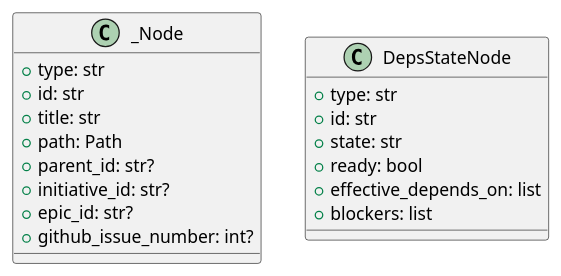
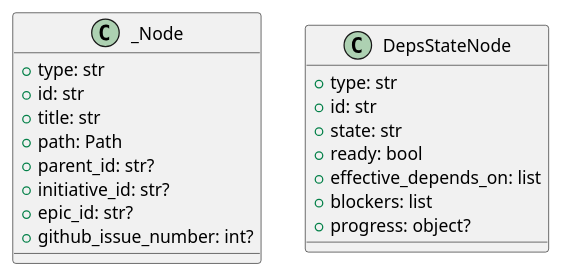
One commit to chemitaro/spec-dock changed the third of 3 diagrams in spec-on-dev/design.md. Above: the diagram before and after it, drawn with PlantUML. The commit also changed other lines of this file and 1 other file, not shown here.

````diff
--- a/spec-on-dev/design.md
+++ b/spec-on-dev/design.md
@@ -329,25 +369,26 @@
 ```plantuml
 @startuml
 skinparam shadowing false
 
 class _Node {
   +type: str
   +id: str
   +title: str
   +path: Path
   +parent_id: str?
   +initiative_id: str?
   +epic_id: str?
   +github_issue_number: int?
 }
 
 class DepsStateNode {
   +type: str
   +id: str
   +state: str
   +ready: bool
   +effective_depends_on: list
   +blockers: list
+  +progress: object?
 }
 @enduml
 ```
````
